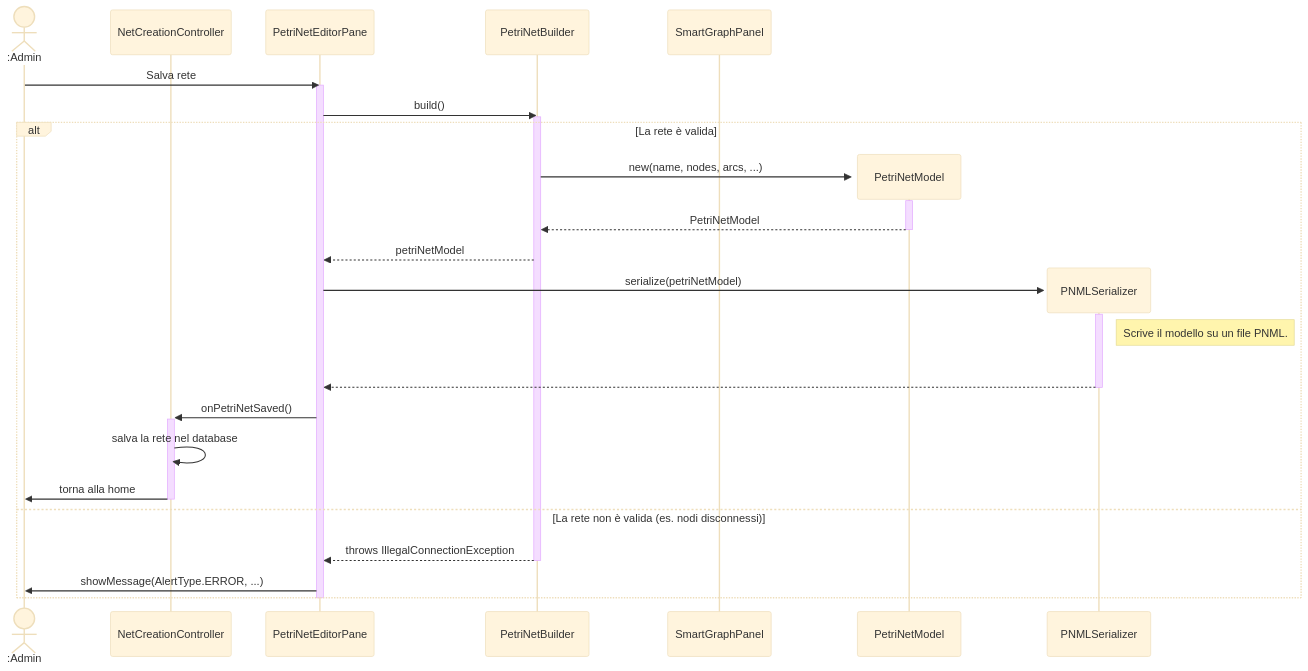
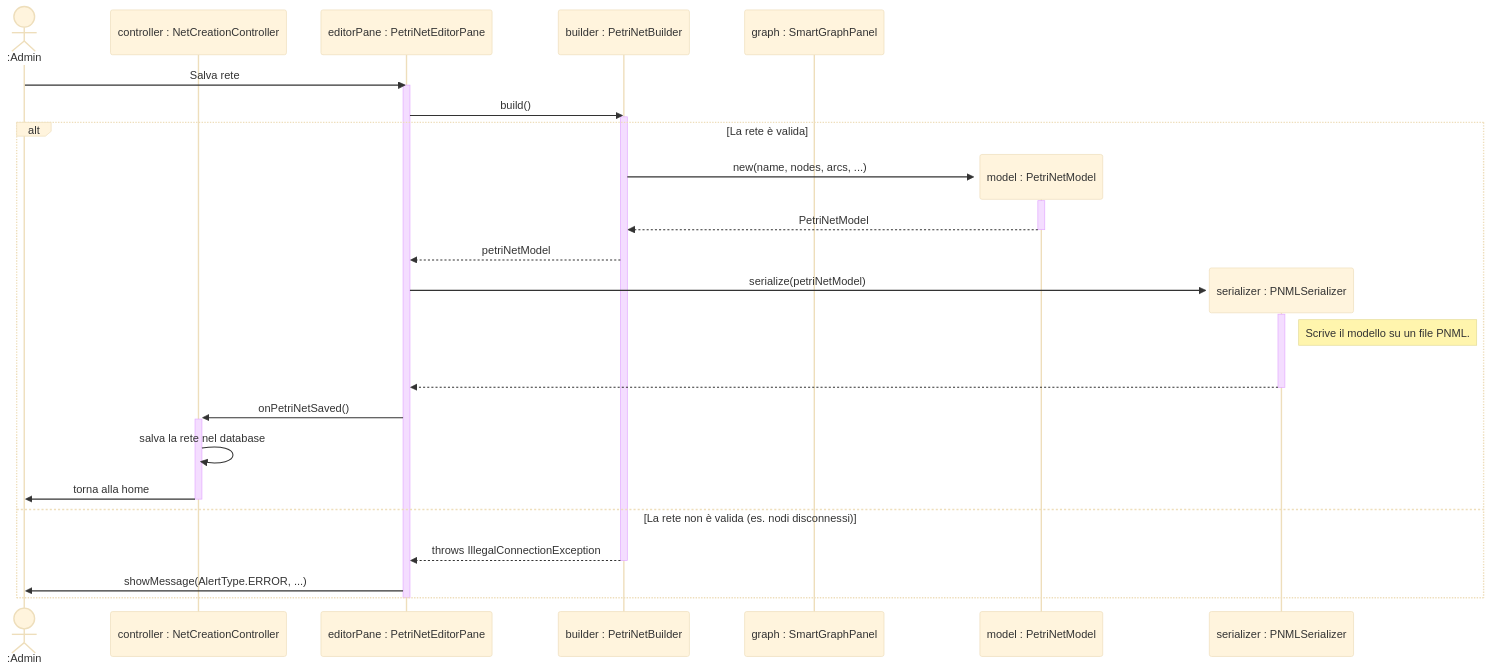
The diagram in docs/petri-net/sequence diagram/sequence_editor_onFinish.mmd (alessio-vivaldelli/PetriHub), drawn with Mermaid (base theme) before and after one commit. The commit also changed 7 other files, not shown here.

Commit message:
refactor sequence diagrams to improve participant naming for clarity and consistency

```diff
--- a/docs/petri-net/sequence diagram/sequence_editor_onFinish.mmd
+++ b/docs/petri-net/sequence diagram/sequence_editor_onFinish.mmd
@@ -1,43 +1,43 @@
 sequenceDiagram
     actor Admin as :Admin
-    participant Controller as NetCreationController
+    participant Controller as controller : NetCreationController
 
-    participant EditorPane as PetriNetEditorPane
-    participant Builder as PetriNetBuilder
-    participant GraphView as SmartGraphPanel
-    participant EditorPane as PetriNetEditorPane
-    participant Builder as PetriNetBuilder
+    participant EditorPane as editorPane : PetriNetEditorPane
+    participant Builder as builder : PetriNetBuilder
+    participant GraphView as graph : SmartGraphPanel
+    participant EditorPane as editorPane : PetriNetEditorPane
+    participant Builder as builder : PetriNetBuilder
 
     Admin->>EditorPane: Salva rete
     activate EditorPane
 
     EditorPane->>Builder: build()
     activate Builder
 
 
     alt La rete è valida
-        create participant Model as PetriNetModel
+        create participant Model as model : PetriNetModel
 
         Builder->>+Model: new(name, nodes, arcs, ...)
         Model-->>-Builder: PetriNetModel
         Builder-->>EditorPane: petriNetModel
 
-        create participant Serializer as PNMLSerializer
+        create participant Serializer as serializer : PNMLSerializer
         EditorPane->>Serializer: serialize(petriNetModel)
         activate Serializer
         Note right of Serializer: Scrive il modello su un file PNML.
         Serializer-->>EditorPane: <br>
         deactivate Serializer
         EditorPane->>+Controller: onPetriNetSaved()
         Controller->>Controller: salva la rete nel database
         Controller->>-Admin: torna alla home
 
     else La rete non è valida (es. nodi disconnessi)
         Builder-->>-EditorPane: throws IllegalConnectionException
         EditorPane->>Admin: showMessage(AlertType.ERROR, ...)
         destroy Model
         destroy Serializer
 
     end
 
     deactivate EditorPane
```
